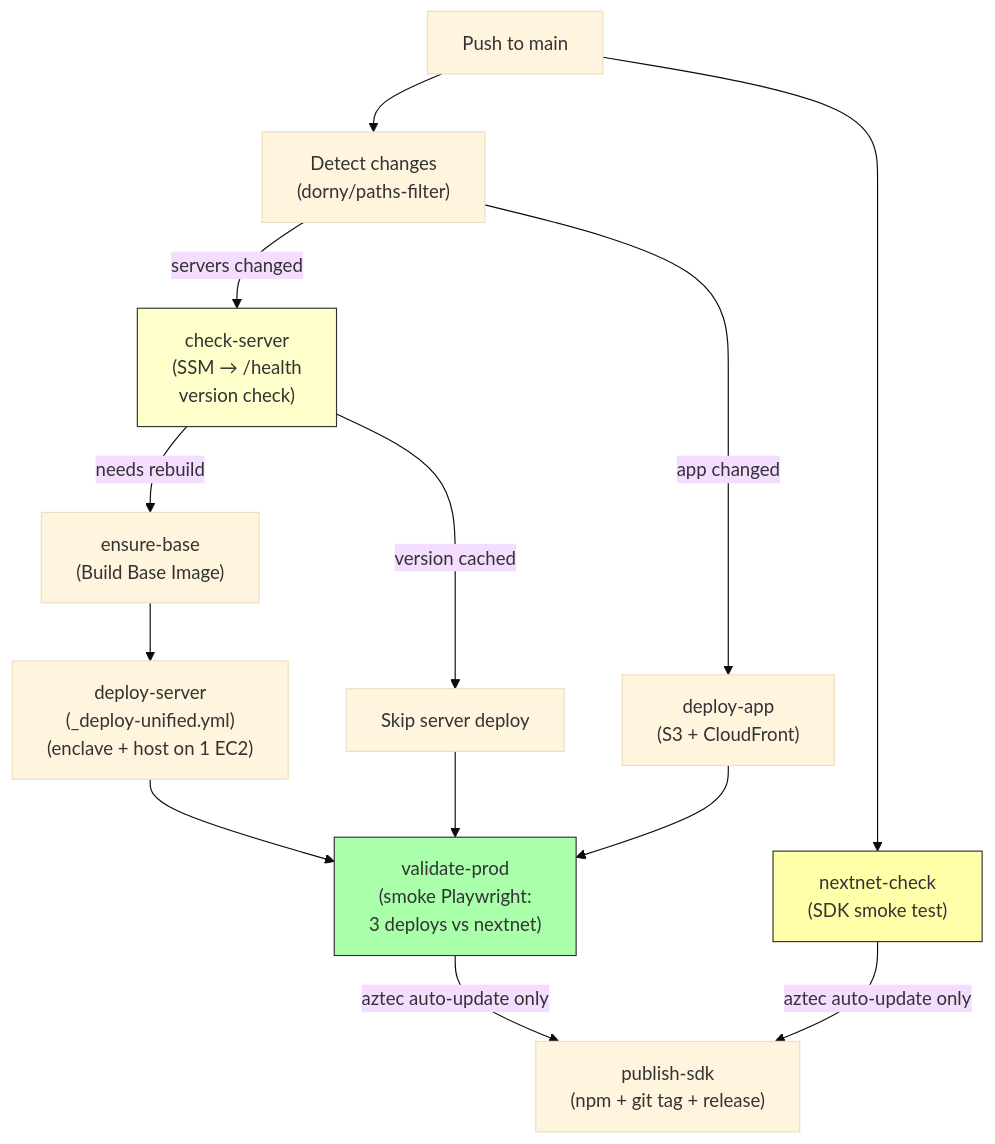
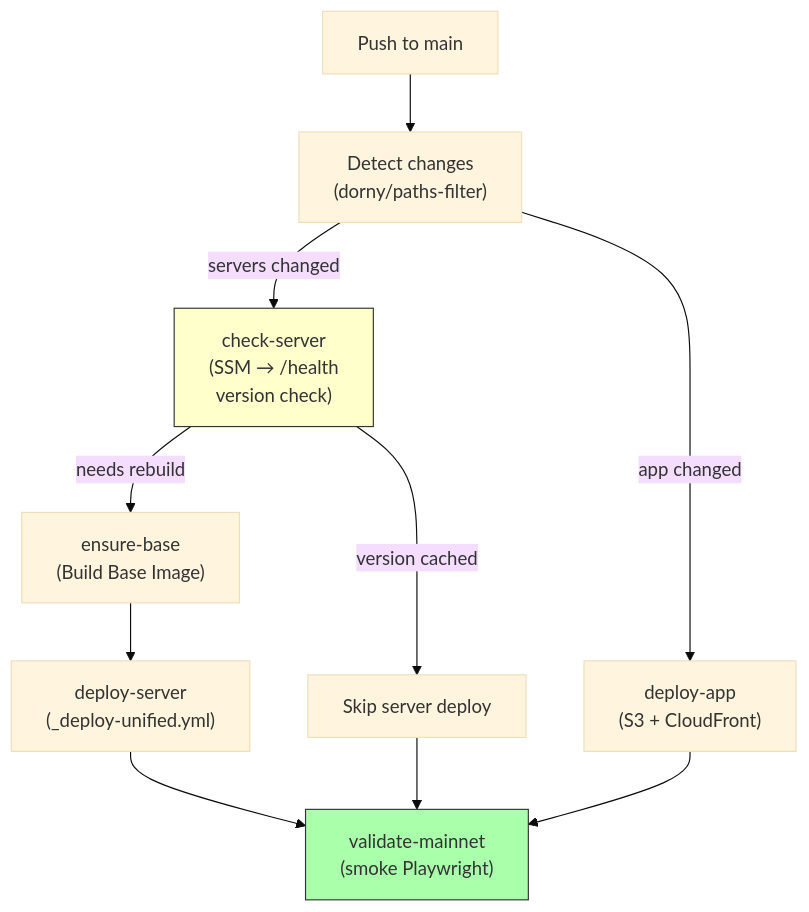
The third of 6 diagrams in docs/ci-pipeline.md (alejoamiras/tee-rex), drawn with Mermaid (base theme) before and after one commit. The commit also changed other lines of this file and 5 other files, not shown here.

````diff
--- a/docs/ci-pipeline.md
+++ b/docs/ci-pipeline.md
@@ -108,22 +112,18 @@
 ```mermaid
 graph TD
     push["Push to main"] --> changes["Detect changes\n(dorny/paths-filter)"]
 
     changes -->|servers changed| check["check-server\n(SSM → /health\nversion check)"]
     changes -->|app changed| app["deploy-app\n(S3 + CloudFront)"]
-    push --> nextnet["nextnet-check\n(SDK smoke test)"]
 
     check -->|needs rebuild| base["ensure-base\n(Build Base Image)"]
     check -->|version cached| skip_server["Skip server deploy"]
 
-    base --> server["deploy-server\n(_deploy-unified.yml)\n(enclave + host on 1 EC2)"]
+    base --> server["deploy-server\n(_deploy-unified.yml)"]
 
-    server & app --> validate["validate-prod\n(smoke Playwright:\n3 deploys vs nextnet)"]
+    server & app --> validate["validate-mainnet\n(smoke Playwright)"]
     skip_server --> validate
 
-    validate & nextnet -->|aztec auto-update only| publish["publish-sdk\n(npm + git tag + release)"]
-
     style validate fill:#afa,stroke:#333
-    style nextnet fill:#ffa,stroke:#333
     style check fill:#ffc,stroke:#333
 ```
````
